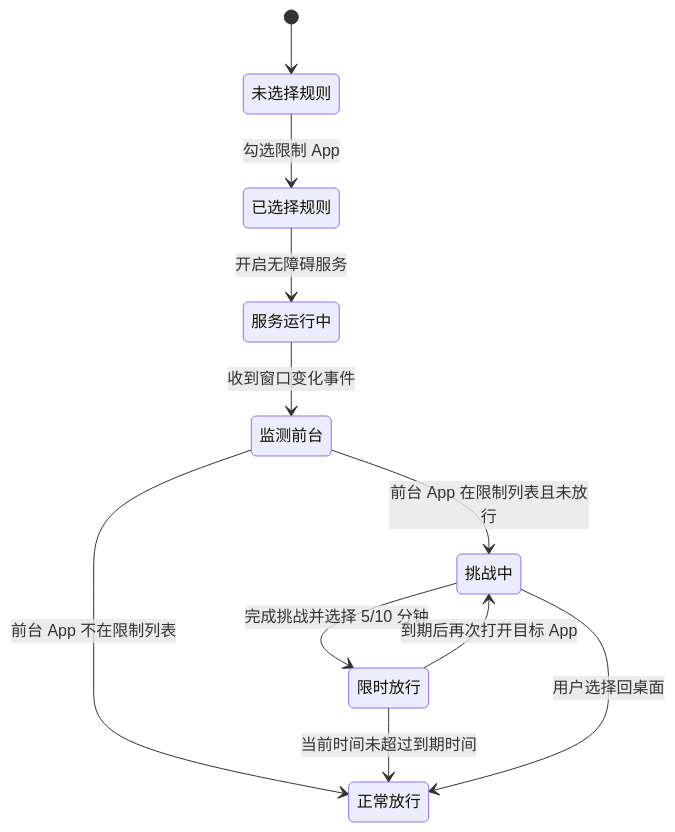
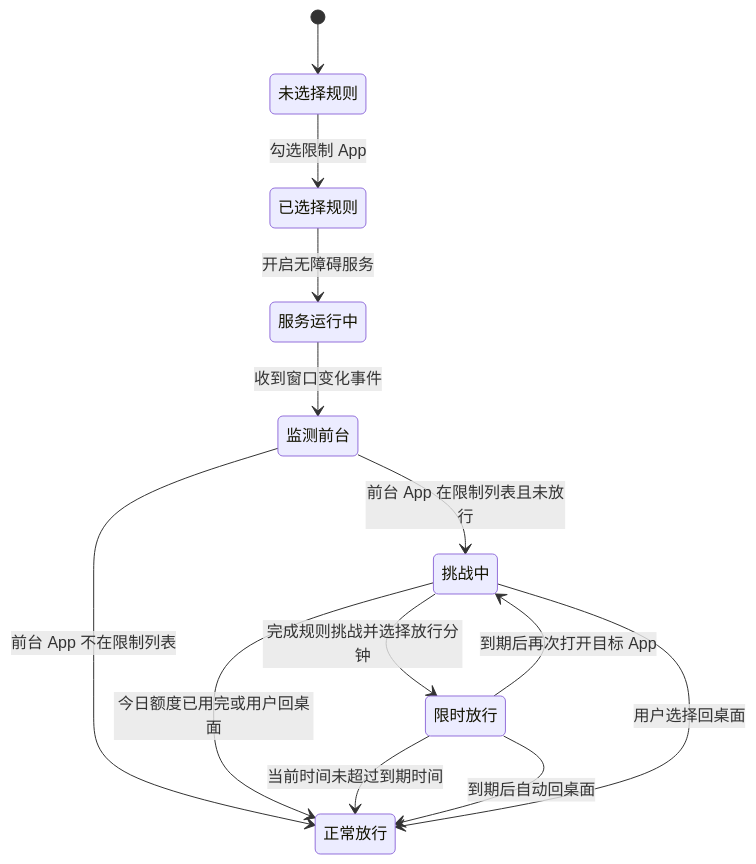
The second of 2 diagrams in docs/功能触发示意图.md (corlite/AddictionBuster), drawn with Mermaid before and after one commit. The commit also changed other lines of this file and 3 other files, not shown here.

````diff
--- a/docs/功能触发示意图.md
+++ b/docs/功能触发示意图.md
@@ -37,13 +40,15 @@
 ```mermaid
 stateDiagram-v2
     [*] --> 未选择规则
     未选择规则 --> 已选择规则: 勾选限制 App
     已选择规则 --> 服务运行中: 开启无障碍服务
     服务运行中 --> 监测前台: 收到窗口变化事件
     监测前台 --> 正常放行: 前台 App 不在限制列表
     监测前台 --> 挑战中: 前台 App 在限制列表且未放行
-    挑战中 --> 限时放行: 完成挑战并选择 5/10 分钟
+    挑战中 --> 限时放行: 完成规则挑战并选择放行分钟
+    挑战中 --> 正常放行: 今日额度已用完或用户回桌面
     限时放行 --> 正常放行: 当前时间未超过到期时间
+    限时放行 --> 正常放行: 到期后自动回桌面
     限时放行 --> 挑战中: 到期后再次打开目标 App
     挑战中 --> 正常放行: 用户选择回桌面
 ```
````
